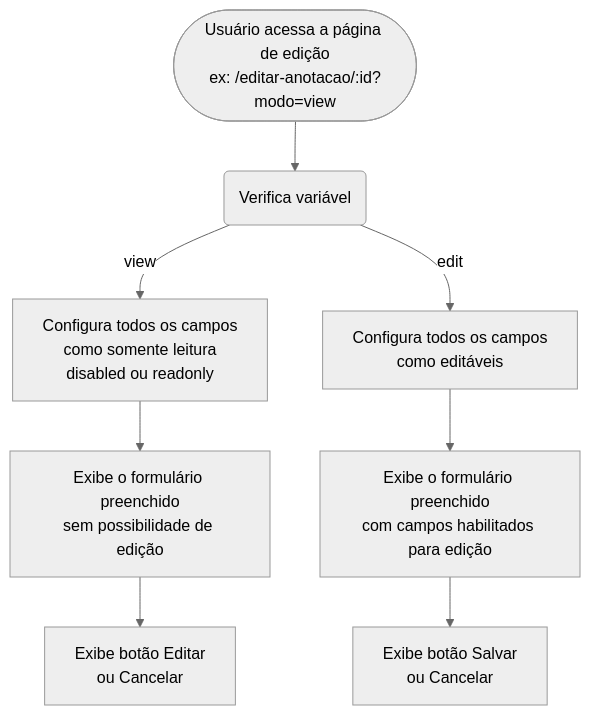
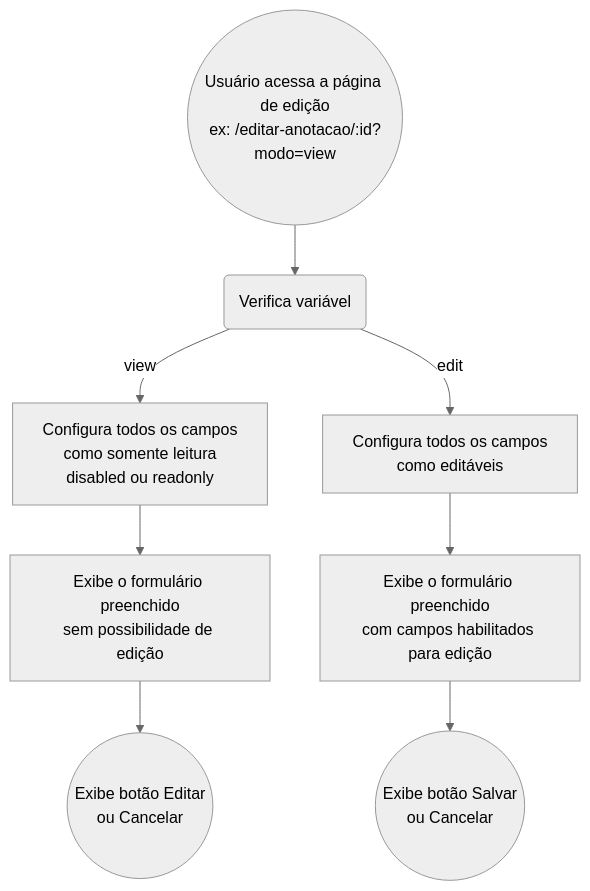
Before and after one commit to AsaphMoraes/AnotaAqui: diagram 11 of 14 in CONTEXT.md, drawn with Mermaid (neutral theme). The commit also changed other lines of this file, not shown here.

````diff
--- a/CONTEXT.md
+++ b/CONTEXT.md
@@ -259,12 +268,12 @@
 ```mermaid
     flowchart TB
-    A([Usuário acessa a página de edição<br>ex: /editar-anotacao/:id?modo=view]) --> H("Verifica variável")
+    A((Usuário acessa a página de edição<br>ex: /editar-anotacao/:id?modo=view)) --> H("Verifica variável")
     
     H -->|view| I[Configura todos os campos<br>como somente leitura<br>disabled ou readonly]
     I --> J[Exibe o formulário preenchido<br>sem possibilidade de edição]
-    J --> K[Exibe botão Editar<br>ou Cancelar]
+    J --> K((Exibe botão Editar<br>ou Cancelar))
     
     H -->|edit| M[Configura todos os campos<br>como editáveis]
     M --> N[Exibe o formulário preenchido<br>com campos habilitados para edição]
-    N --> O[Exibe botão Salvar<br>ou Cancelar]
+    N --> O((Exibe botão Salvar<br>ou Cancelar))
 ```
````
